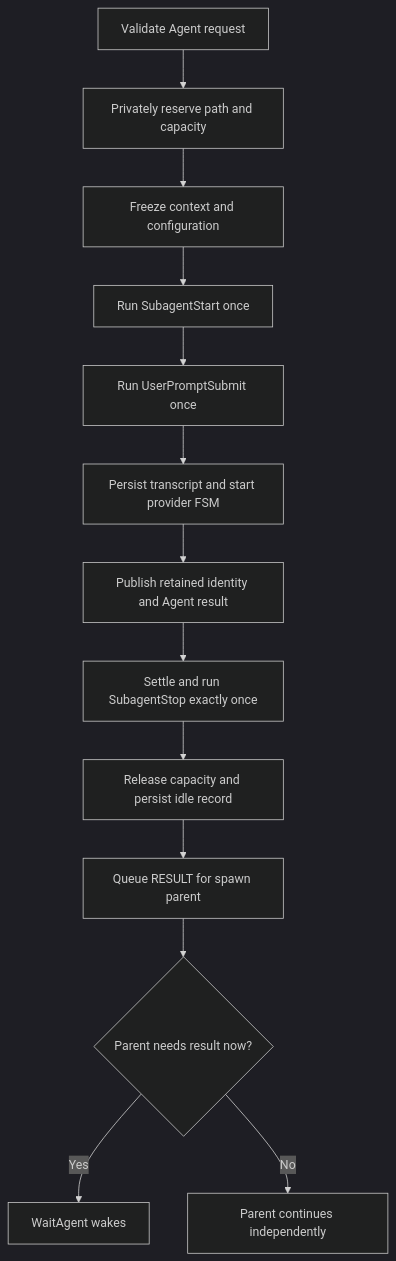
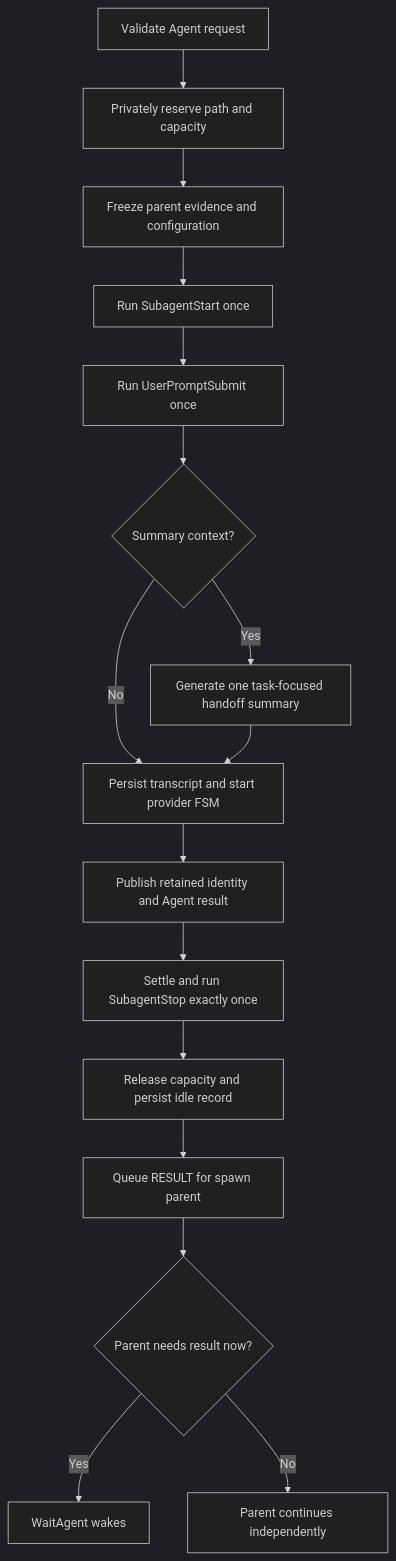
Before and after one commit to FrauH0lle/mevedel: the diagram in docs/agents.md, drawn with Mermaid (dark theme). The commit also changed other lines of this file and 21 other files, not shown here.

First line of the commit message:
feat!(agent): Generate task-focused context summaries

````diff
--- a/docs/agents.md
+++ b/docs/agents.md
@@ -143,15 +149,18 @@
 ```mermaid
 flowchart TD
     A[Validate Agent request] --> B[Privately reserve path and capacity]
-    B --> C[Freeze context and configuration]
+    B --> C[Freeze parent evidence and configuration]
     C --> D[Run SubagentStart once]
     D --> E[Run UserPromptSubmit once]
-    E --> F[Persist transcript and start provider FSM]
+    E --> S{Summary context?}
+    S -- Yes --> T[Generate one task-focused handoff summary]
+    S -- No --> F[Persist transcript and start provider FSM]
+    T --> F
     F --> G[Publish retained identity and Agent result]
     G --> H[Settle and run SubagentStop exactly once]
     H --> I[Release capacity and persist idle record]
     I --> J[Queue RESULT for spawn parent]
     J --> K{Parent needs result now?}
     K -- Yes --> L[WaitAgent wakes]
     K -- No --> M[Parent continues independently]
 ```
````
